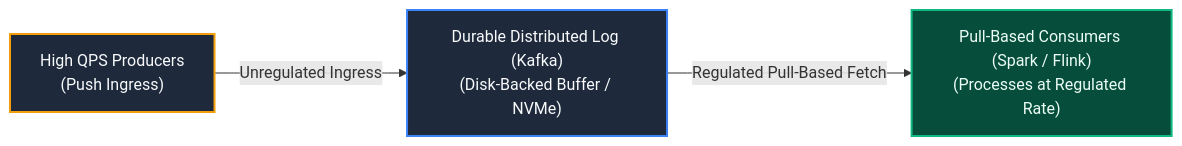
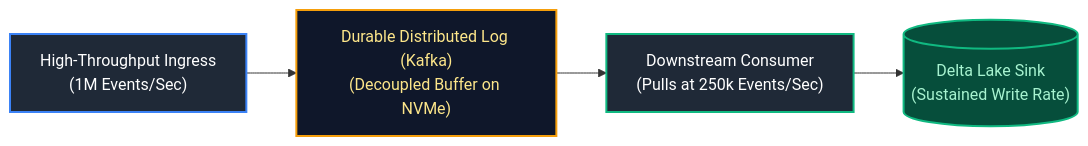
One commit to joydeep-biswas/Interview-Preparation changed the third of 12 diagrams in Data Engineering/15_system_design_for_data_engineering.md. Above: the diagram before and after it, drawn with Mermaid. The commit also changed other lines of this file and 143 other files, not shown here.

````diff
--- a/Data Engineering/15_system_design_for_data_engineering.md
+++ b/Data Engineering/15_system_design_for_data_engineering.md
@@ -161,13 +163,11 @@
 ```mermaid
 flowchart LR
-    Producers["High QPS Producers<br/>(Push Ingress)"] -->|"Unregulated Ingress"| Kafka["Durable Distributed Log (Kafka)<br/>(Disk-Backed Buffer / NVMe)"]
-    Kafka -->|"Regulated Pull-Based Fetch"| Consumers["Pull-Based Consumers (Spark / Flink)<br/>(Processes at Regulated Rate)"]
+    Producer["High-Throughput Ingress<br/>(1M Events/Sec)"] --> Broker["Durable Distributed Log (Kafka)<br/>(Decoupled Buffer on NVMe)"]
+    Broker --> Consumer["Downstream Consumer<br/>(Pulls at 250k Events/Sec)"]
+    Consumer --> Sink[("Delta Lake Sink<br/>(Sustained Write Rate)")]
 
-    classDef prod fill:#1e293b,stroke:#f59e0b,stroke-width:2px,color:#f8fafc;
-    classDef buf fill:#1e293b,stroke:#3b82f6,stroke-width:2px,color:#f8fafc;
-    classDef proc fill:#064e3b,stroke:#10b981,stroke-width:2px,color:#ecfdf5;
-
-    class Producers prod;
-    class Kafka buf;
-    class Consumers proc;
+    style Producer fill:#1f2937,stroke:#3b82f6,stroke-width:2px,color:#fff
+    style Broker fill:#0f172a,stroke:#f59e0b,stroke-width:2px,color:#fde68a
+    style Consumer fill:#1f2937,stroke:#10b981,stroke-width:2px,color:#fff
+    style Sink fill:#064e3b,stroke:#10b981,stroke-width:2px,color:#a7f3d0
 ```
````
